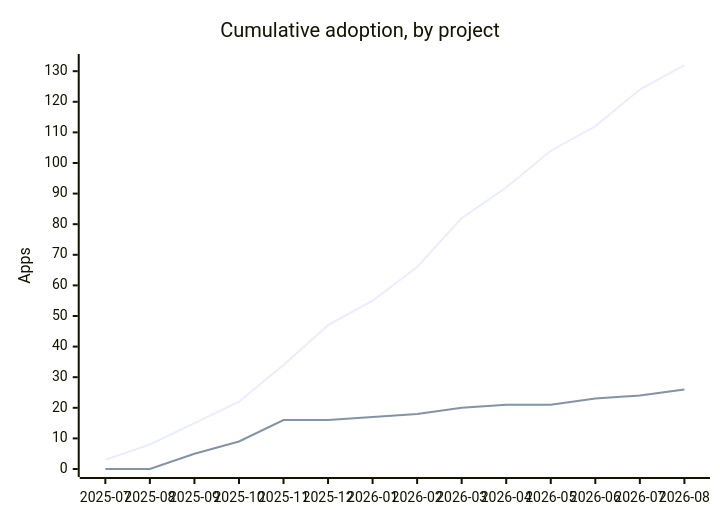
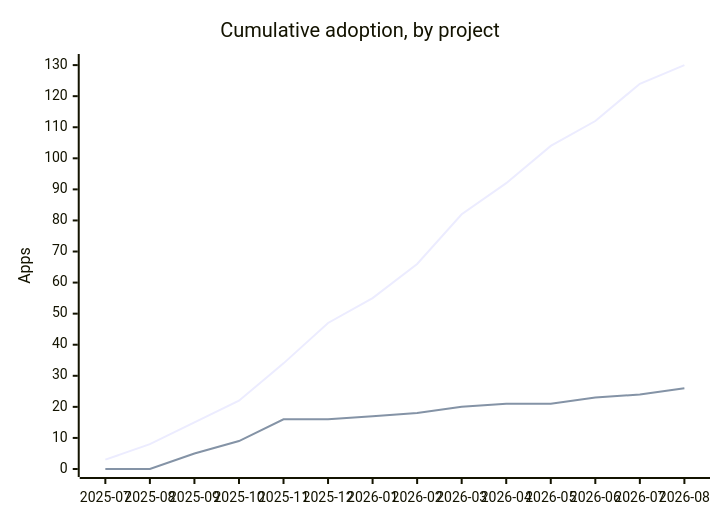
Before and after one commit to marcoroth/herb-corpus: the first of 2 diagrams in README.md, drawn with Mermaid. The commit also changed other lines of this file and 1917 other files, not shown here.

````diff
--- a/README.md
+++ b/README.md
@@ -687,8 +685,8 @@
 ```mermaid
 xychart
   title "Cumulative adoption, by project"
   x-axis ["2025-07", "2025-08", "2025-09", "2025-10", "2025-11", "2025-12", "2026-01", "2026-02", "2026-03", "2026-04", "2026-05", "2026-06", "2026-07", "2026-08"]
-  y-axis "Apps" 0 --> 133
-  line [3, 8, 15, 22, 34, 47, 55, 66, 82, 92, 104, 112, 124, 132]
+  y-axis "Apps" 0 --> 131
+  line [3, 8, 15, 22, 34, 47, 55, 66, 82, 92, 104, 112, 124, 130]
   line [0, 0, 5, 9, 16, 16, 17, 18, 20, 21, 21, 23, 24, 26]
 ```
````
